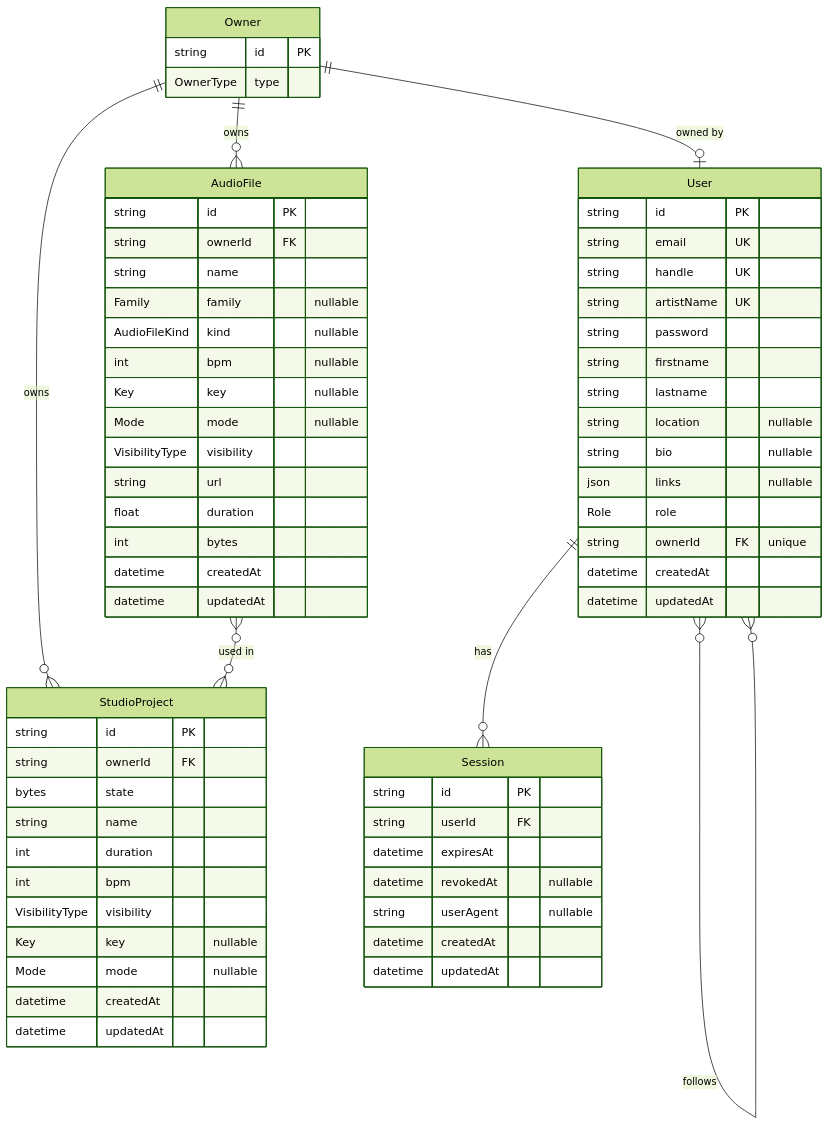
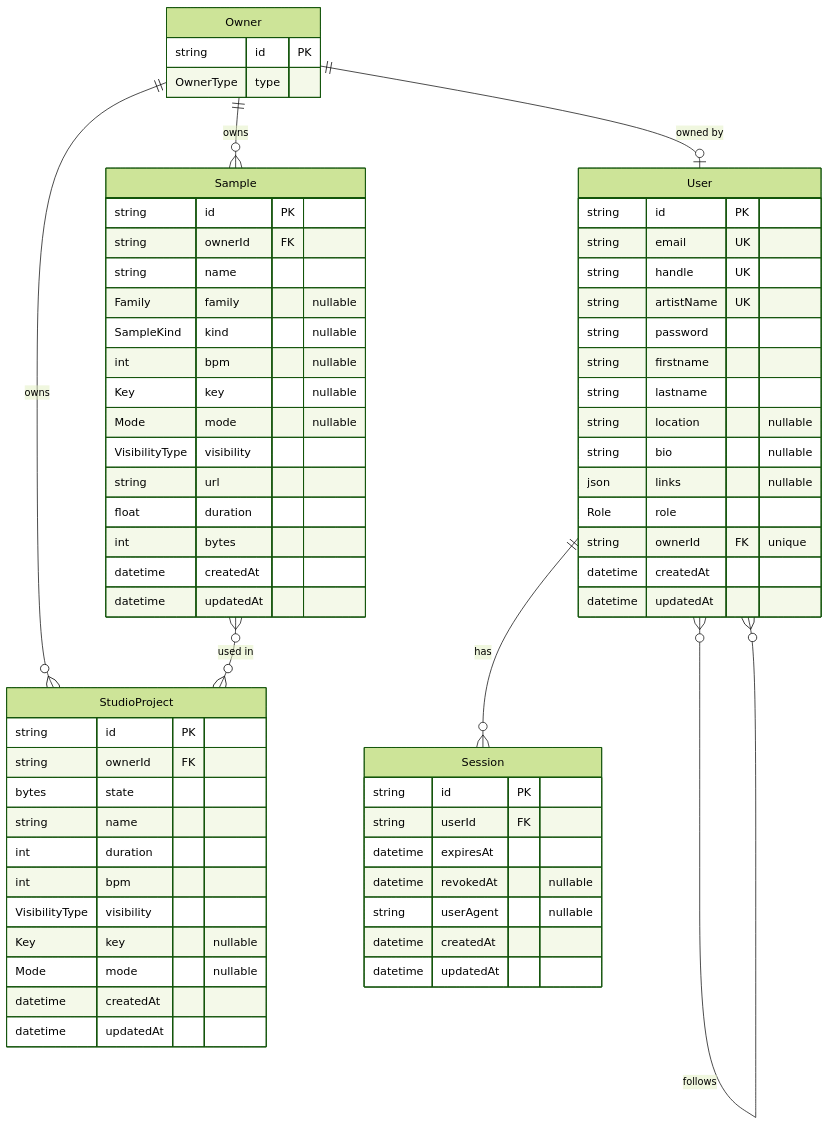
One commit to AlexisFaugeroux/42-transcendence changed the diagram in README.md. Above: the diagram before and after it, drawn with Mermaid (forest theme). The commit also changed other lines of this file and 52 other files, not shown here.

Commit message:
chore: #233 rename_audio_to_sample

````diff
--- a/README.md
+++ b/README.md
@@ -106,68 +106,68 @@
 ```mermaid
 erDiagram
   Owner {
     string id PK
     OwnerType type
   }
   User {
     string id PK
     string email UK
     string handle UK
     string artistName UK
     string password
     string firstname
     string lastname
     string location "nullable"
     string bio "nullable"
     json links "nullable"
     Role role
     string ownerId FK "unique"
     datetime createdAt
     datetime updatedAt
   }
-  AudioFile {
+  Sample {
     string id PK
     string ownerId FK
     string name
     Family family "nullable"
-    AudioFileKind kind "nullable"
+    SampleKind kind "nullable"
     int bpm "nullable"
     Key key "nullable"
     Mode mode "nullable"
     VisibilityType visibility
     string url
     float duration
     int bytes
     datetime createdAt
     datetime updatedAt
   }
   StudioProject {
     string id PK
     string ownerId FK
     bytes state
     string name
     int duration
     int bpm
     VisibilityType visibility
     Key key "nullable"
     Mode mode "nullable"
     datetime createdAt
     datetime updatedAt
   }
   Session {
     string id PK
     string userId FK
     datetime expiresAt
     datetime revokedAt "nullable"
     string userAgent "nullable"
     datetime createdAt
     datetime updatedAt
   }
 
   Owner ||--o| User : "owned by"
-  Owner ||--o{ AudioFile : owns
+  Owner ||--o{ Sample : owns
   Owner ||--o{ StudioProject : owns
   User  ||--o{ Session : has
   User  }o--o{ User : follows
-  AudioFile }o--o{ StudioProject : "used in"
+  Sample }o--o{ StudioProject : "used in"
 ```
````
